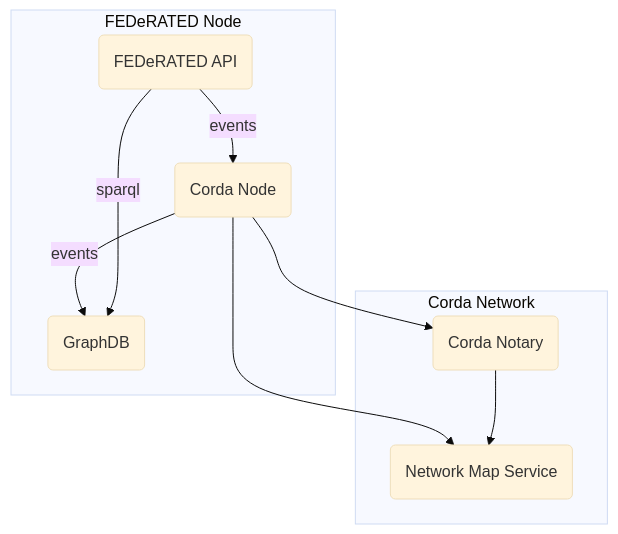
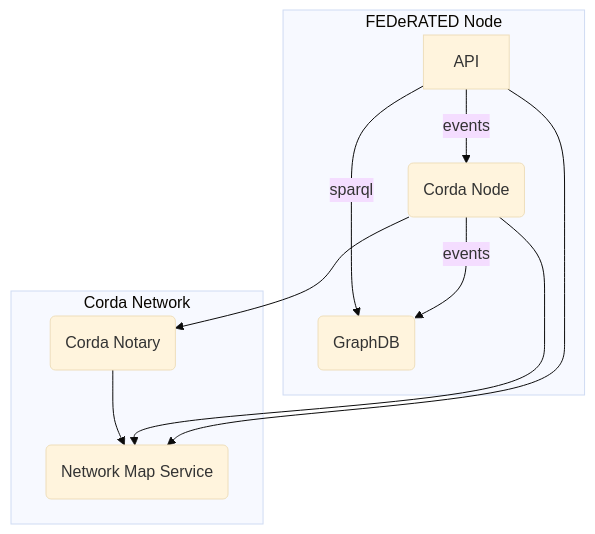
One commit to federatedplatforms/FEDeRATED-BDI changed the first of 2 diagrams in README.md. Above: the diagram before and after it, drawn with Mermaid (base theme). The commit also changed other lines of this file, not shown here.

````diff
--- a/README.md
+++ b/README.md
@@ -20,13 +20,14 @@
 ```mermaid
 graph TD
     subgraph FEDeRATED Node 
-        API(FEDeRATED API) -- events --> CORDA(Corda Node)
+        API -- events --> CORDA(Corda Node)
         CORDA -- events --> GRAPHDB(GraphDB)
     end
     subgraph Corda Network
-        API(FEDeRATED API) -- sparql --> GRAPHDB
+        API --> NMS
+        API -- sparql --> GRAPHDB
         CORDA --> NOTARY
         CORDA --> NMS
         NOTARY(Corda Notary) --> NMS(Network Map Service)   
     end
 ```
````
